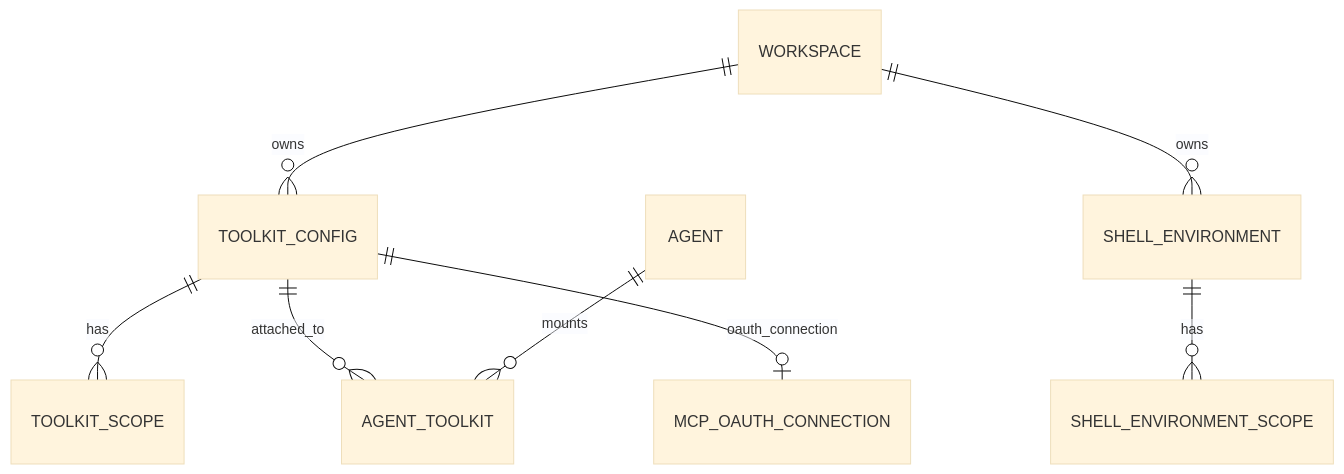
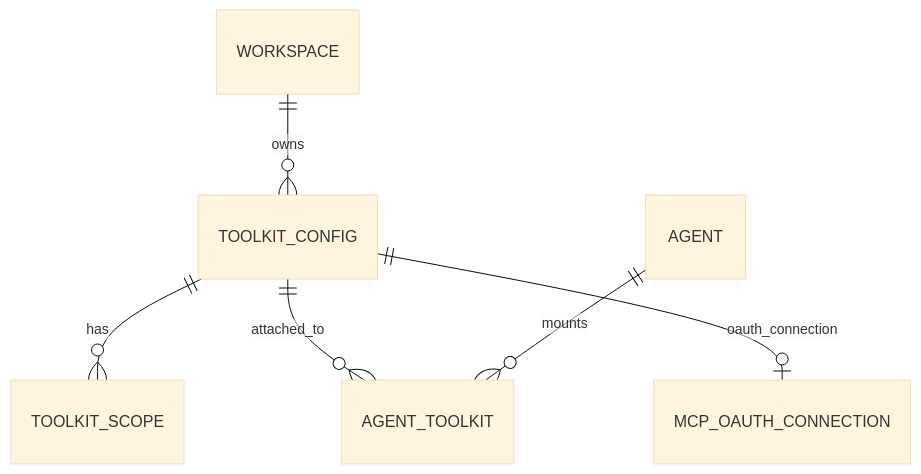
Before and after one commit to azents/azents: the first of 4 diagrams in docs/azents/spec/domain/toolkit.md, drawn with Mermaid (base theme). The commit also changed other lines of this file and 7 other files, not shown here.

````diff
--- a/docs/azents/spec/domain/toolkit.md
+++ b/docs/azents/spec/domain/toolkit.md
@@ -95,10 +93,8 @@
 ```mermaid
 erDiagram
     WORKSPACE ||--o{ TOOLKIT_CONFIG : owns
-    WORKSPACE ||--o{ SHELL_ENVIRONMENT : owns
     TOOLKIT_CONFIG ||--o{ TOOLKIT_SCOPE : has
     TOOLKIT_CONFIG ||--o{ AGENT_TOOLKIT : attached_to
     TOOLKIT_CONFIG ||--o| MCP_OAUTH_CONNECTION : oauth_connection
     AGENT ||--o{ AGENT_TOOLKIT : mounts
-    SHELL_ENVIRONMENT ||--o{ SHELL_ENVIRONMENT_SCOPE : has
 ```
````
